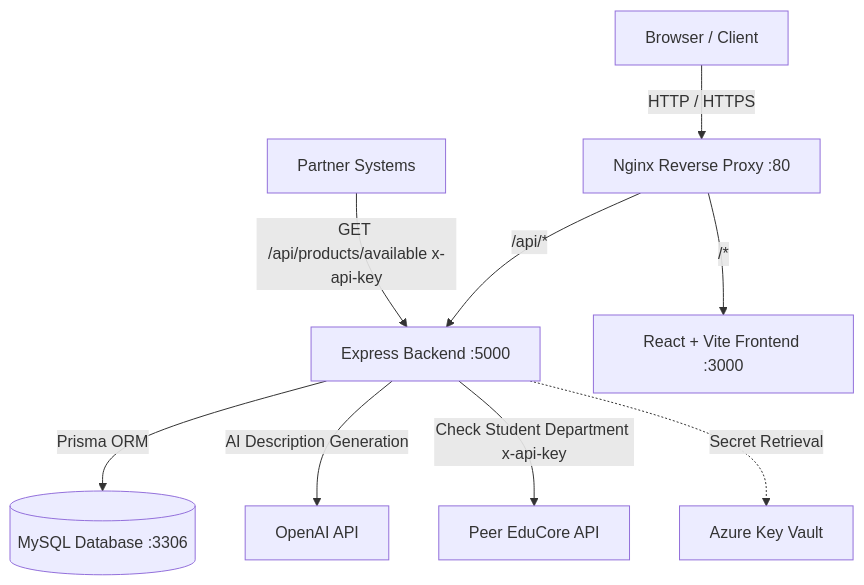
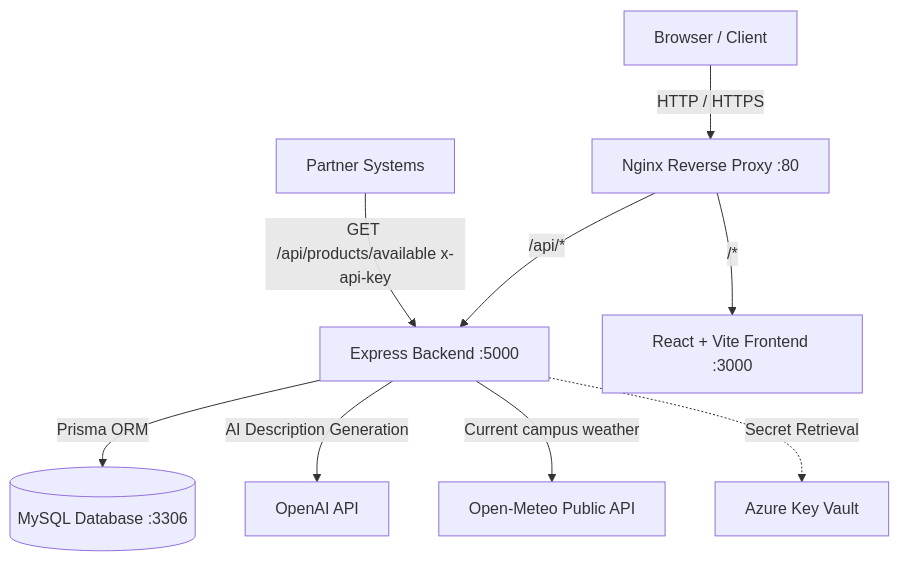
Before and after one commit to knsxw/university-merchandise-store: the diagram in README.md, drawn with Mermaid. The commit also changed other lines of this file and 16 other files, not shown here.

Commit message:
Replace EduCore with Open-Meteo recommendations

````diff
--- a/README.md
+++ b/README.md
@@ -32,11 +32,11 @@
 ```mermaid
 graph TD
     Client[Browser / Client] -->|HTTP / HTTPS| Nginx[Nginx Reverse Proxy :80]
     Nginx -->|/api/*| Backend[Express Backend :5000]
     Nginx -->|/*| Frontend[React + Vite Frontend :3000]
     Backend -->|Prisma ORM| MySQL[(MySQL Database :3306)]
     Backend -->|AI Description Generation| OpenAI[OpenAI API]
-    Backend -->|Check Student Department x-api-key| EduCore[Peer EduCore API]
+    Backend -->|Current campus weather| OpenMeteo[Open-Meteo Public API]
     ExternalPeer[Partner Systems] -->|GET /api/products/available x-api-key| Backend
     Backend -.->|Secret Retrieval| AzureKV[Azure Key Vault]
 ```
````
